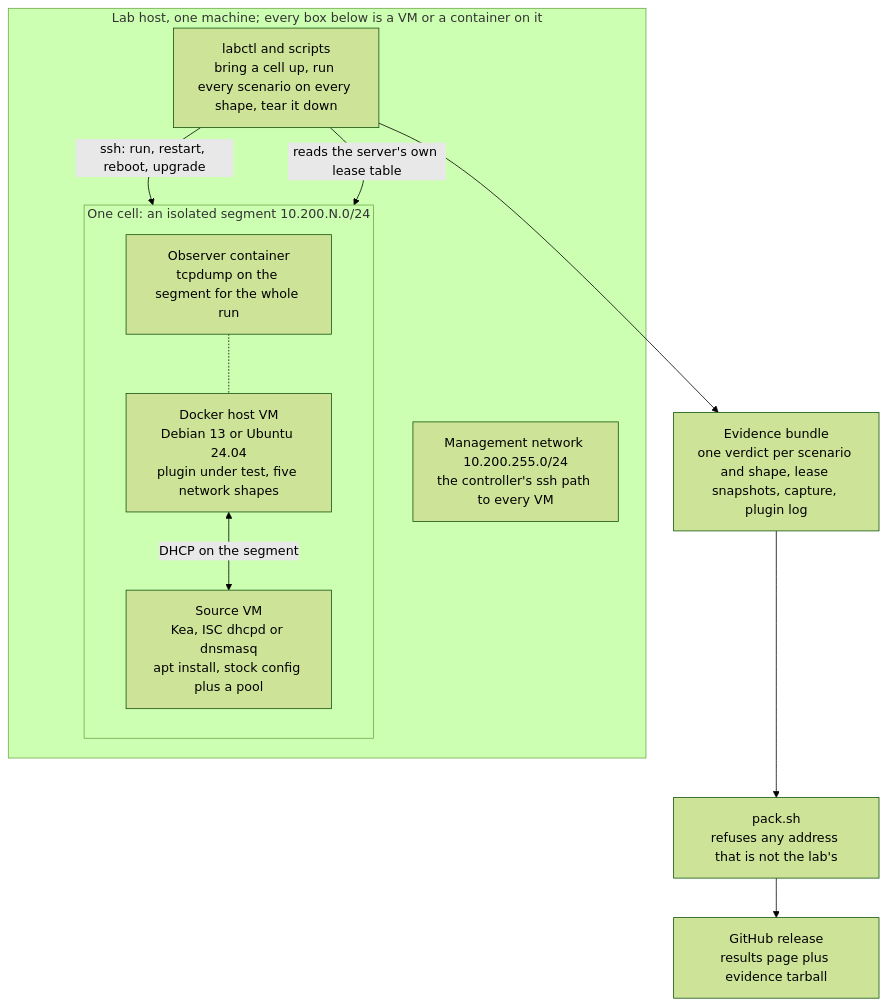
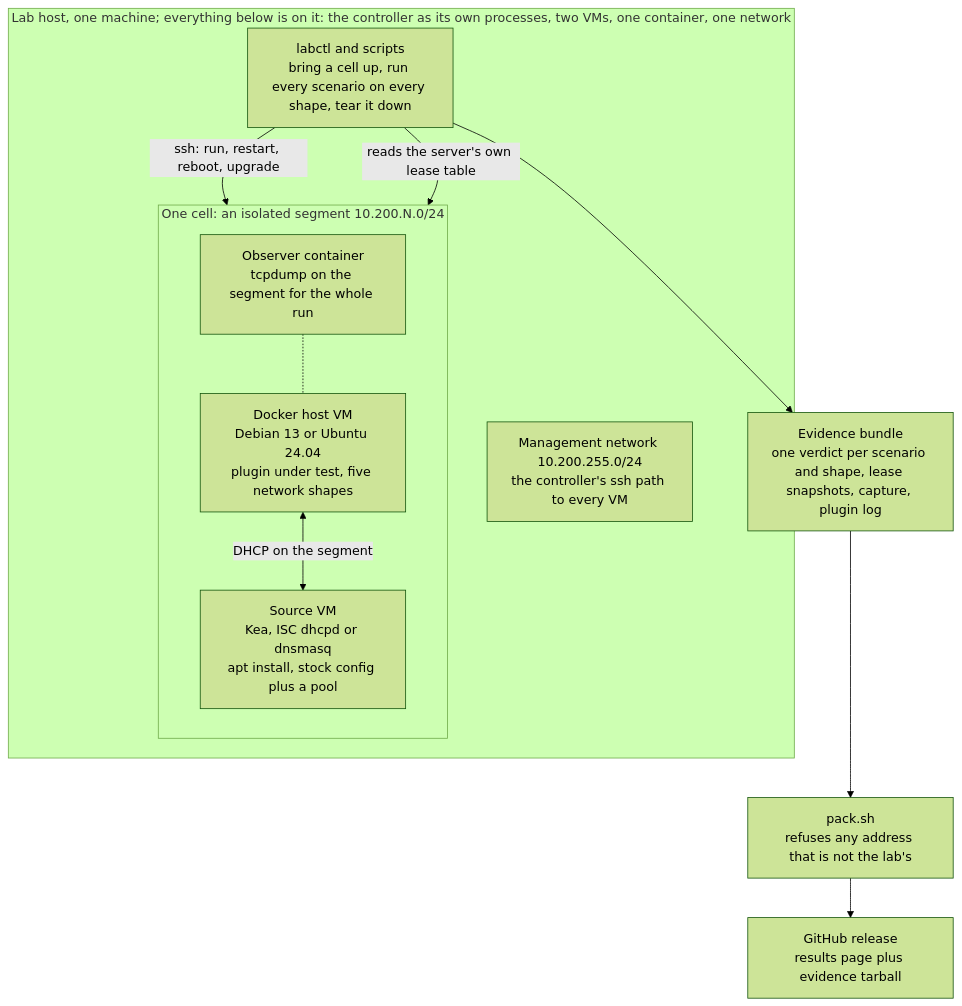
Before and after one commit to claymore666/docker-net-dhcp: the diagram in docs/testing.md, drawn with Mermaid (forest theme).

Commit message:
docs: the lab diagram title is true of every box it encloses (#1126)
The outer subgraph said every box below is a VM or a container; the controller box is host processes and the management-network box is a network. The title now names all four kinds.

````diff
--- a/docs/testing.md
+++ b/docs/testing.md
@@ -92,20 +92,20 @@
 ```mermaid
 flowchart TB
-  subgraph labhost["Lab host, one machine; every box below is a VM or a container on it"]
+  subgraph labhost["Lab host, one machine; everything below is on it: the controller as its own processes, two VMs, one container, one network"]
     CTL["labctl and scripts<br/>bring a cell up, run every scenario on every shape, tear it down"]
     subgraph cell["One cell: an isolated segment 10.200.N.0/24"]
       direction TB
       SRC["Source VM<br/>Kea, ISC dhcpd or dnsmasq<br/>apt install, stock config plus a pool"]
       DH["Docker host VM<br/>Debian 13 or Ubuntu 24.04<br/>plugin under test, five network shapes"]
       OBS["Observer container<br/>tcpdump on the segment for the whole run"]
     end
     MG["Management network 10.200.255.0/24<br/>the controller's ssh path to every VM"]
   end
   CTL -- "ssh: run, restart, reboot, upgrade" --> DH
   CTL -- "reads the server's own lease table" --> SRC
   DH <-- "DHCP on the segment" --> SRC
   OBS -.- DH
   CTL --> EV["Evidence bundle<br/>one verdict per scenario and shape, lease snapshots, capture, plugin log"]
   EV --> PK["pack.sh<br/>refuses any address that is not the lab's"]
   PK --> REL["GitHub release<br/>results page plus evidence tarball"]
 ```
````
